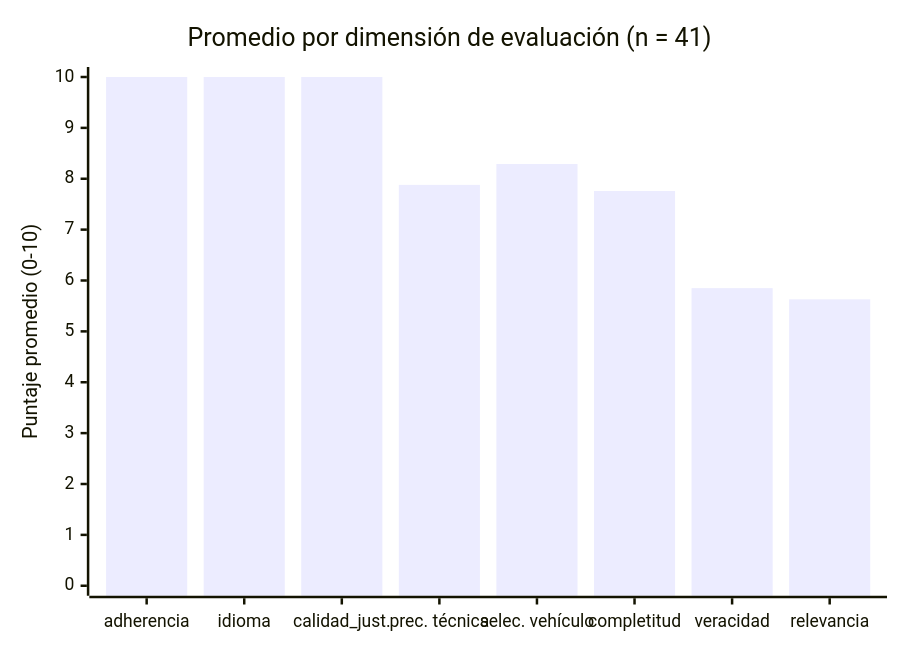
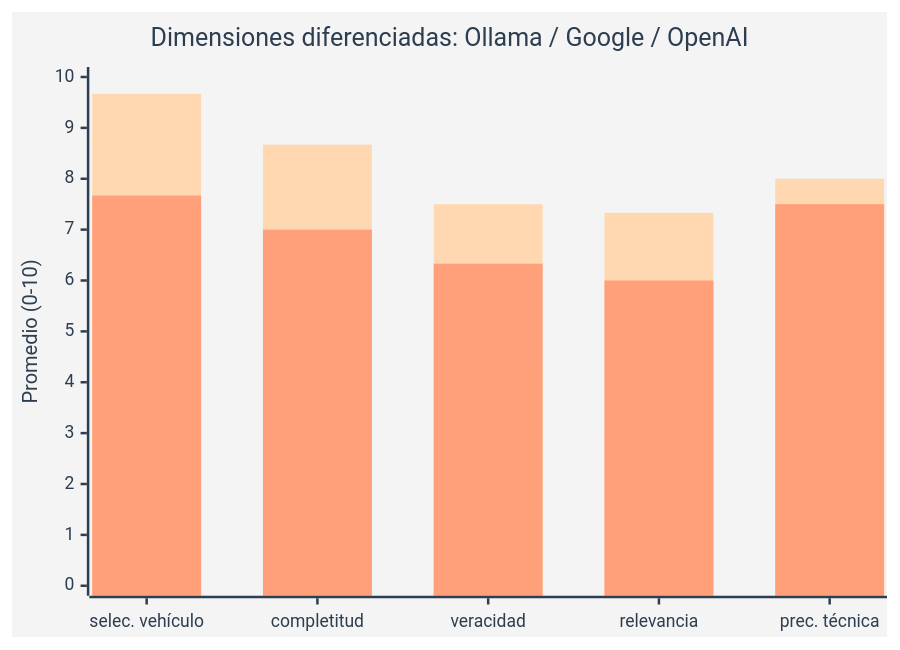
One commit to elizabethtrch/ST1701_dis-rag-vehicle-selection changed the fourth of 4 diagrams in docs/entrega_2/entrega_final_disenio_y_analisis.md. Above: the diagram before and after it, drawn with Mermaid. The commit also changed other lines of this file, not shown here.

````diff
--- a/docs/entrega_2/entrega_final_disenio_y_analisis.md
+++ b/docs/entrega_2/entrega_final_disenio_y_analisis.md
@@ -322,7 +365,23 @@
 ```mermaid
+%%{init: {
+  'theme': 'base',
+  'themeVariables': {
+    'primaryColor': '#e1f5fe',
+    'primaryTextColor': '#2c3e50',
+    'primaryBorderColor': '#b3e5fc',
+    'lineColor': '#95a5a6',
+    'secondaryColor': '#f3e5f5',
+    'tertiaryColor': '#e8f5e9',
+    'mainBkg': '#ffffff',
+    'nodeBorder': '#d1d9e6',
+    'clusterBkg': '#fafafa'
+  }
+}}%%
 xychart-beta
-    title "Promedio por dimensión de evaluación (n = 41)"
-    x-axis ["adherencia", "idioma", "calidad_just.", "prec. técnica", "selec. vehículo", "completitud", "veracidad", "relevancia"]
-    y-axis "Puntaje promedio (0-10)" 0 --> 10
-    bar [10.00, 10.00, 10.00, 7.88, 8.29, 7.76, 5.85, 5.63]
+    title "Dimensiones diferenciadas: Ollama / Google / OpenAI"
+    x-axis ["selec. vehículo", "completitud", "veracidad", "relevancia", "prec. técnica"]
+    y-axis "Promedio (0-10)" 0 --> 10
+    bar [6.67, 5.83, 4.33, 3.17, 7.5]
+    bar [9.67, 8.67, 7.5, 7.33, 8.0]
+    bar [7.67, 7.0, 6.33, 6.0, 7.5]
 ```
````
